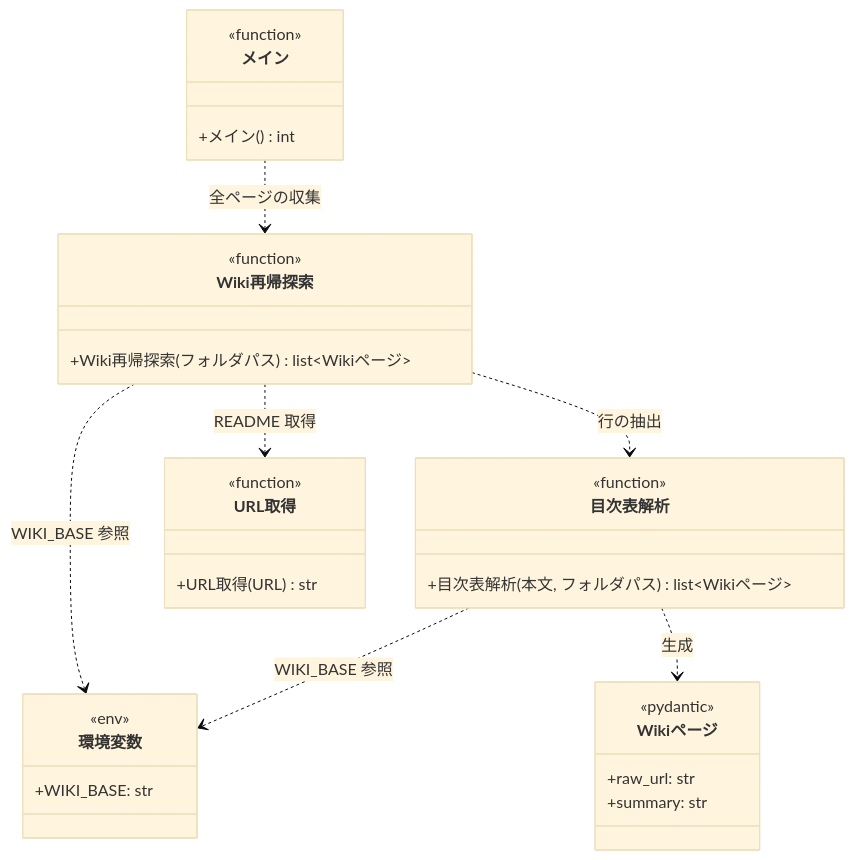
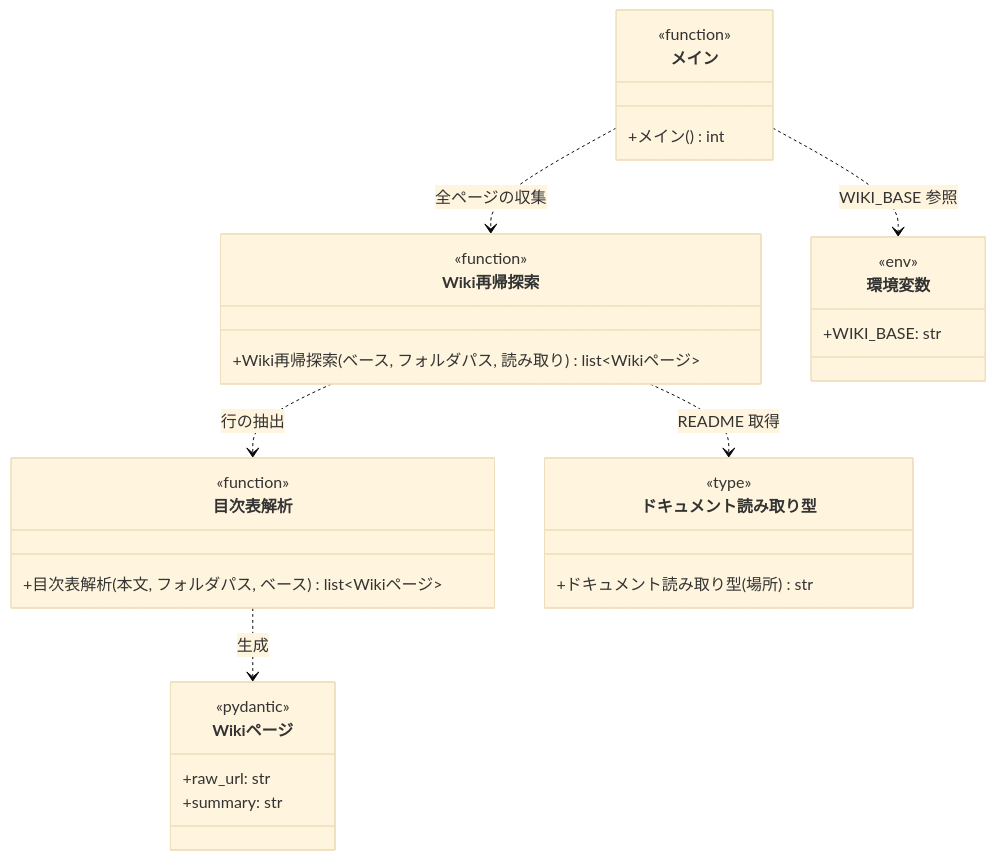
The diagram in docs/wiki/設計図/モジュール構成/注入/Wiki索引.py.md (shuhei1101/ai-monitor), drawn with Mermaid (base theme) before and after one commit. The commit also changed other lines of this file and 18 other files, not shown here.

````diff
--- a/docs/wiki/設計図/モジュール構成/注入/Wiki索引.py.md
+++ b/docs/wiki/設計図/モジュール構成/注入/Wiki索引.py.md
@@ -31,41 +32,40 @@
 ```mermaid
 classDiagram
   メイン ..> Wiki再帰探索 : 全ページの収集
   Wiki再帰探索 ..> 目次表解析 : 行の抽出
-  Wiki再帰探索 ..> URL取得 : README 取得
-  Wiki再帰探索 ..> 環境変数 : WIKI_BASE 参照
-  目次表解析 ..> 環境変数 : WIKI_BASE 参照
+  Wiki再帰探索 ..> ドキュメント読み取り型 : README 取得
+  メイン ..> 環境変数 : WIKI_BASE 参照
   目次表解析 ..> Wikiページ : 生成
 
   class メイン {
     <<function>>
     +メイン() int
   }
   class Wiki再帰探索 {
     <<function>>
-    +Wiki再帰探索(フォルダパス) list~Wikiページ~
+    +Wiki再帰探索(ベース, フォルダパス, 読み取り) list~Wikiページ~
   }
   class 目次表解析 {
     <<function>>
-    +目次表解析(本文, フォルダパス) list~Wikiページ~
+    +目次表解析(本文, フォルダパス, ベース) list~Wikiページ~
   }
   class 環境変数 {
     <<env>>
     +WIKI_BASE: str
   }
-  class URL取得 {
-    <<function>>
-    +URL取得(URL) str
+  class ドキュメント読み取り型 {
+    <<type>>
+    +ドキュメント読み取り型(場所) str
   }
   class Wikiページ {
     <<pydantic>>
     +raw_url: str
     +summary: str
   }
 
   click メイン href "#メイン"
   click Wiki再帰探索 href "#wiki-再帰探索"
   click 目次表解析 href "#目次表解析"
-  click URL取得 href "./URLドキュメント.py.md#url-取得"
+  click ドキュメント読み取り型 href "./URLドキュメント.py.md#ドキュメント読み取り型"
   click Wikiページ href "#wiki-ページ"
 ```
````
